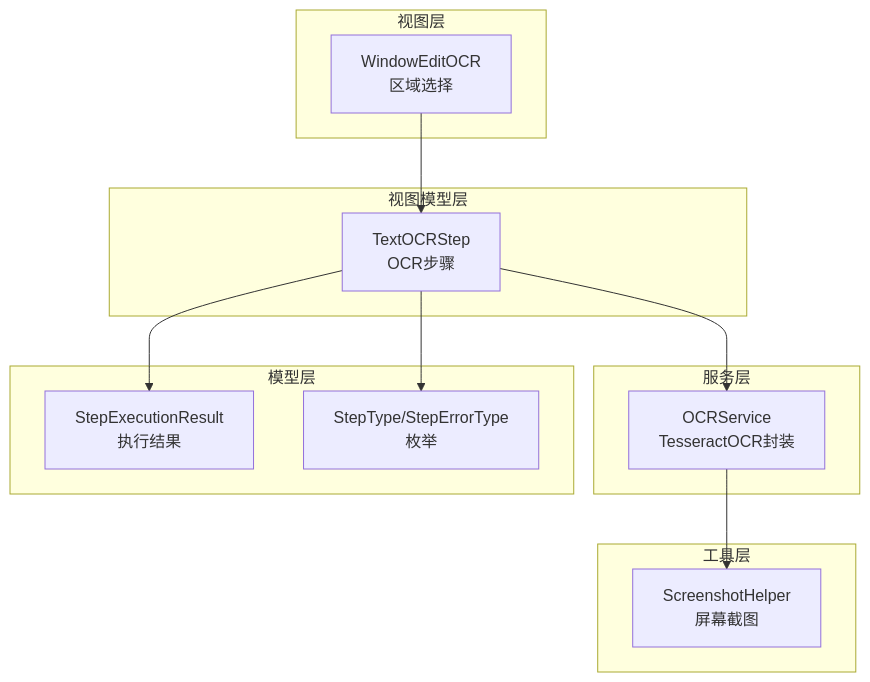
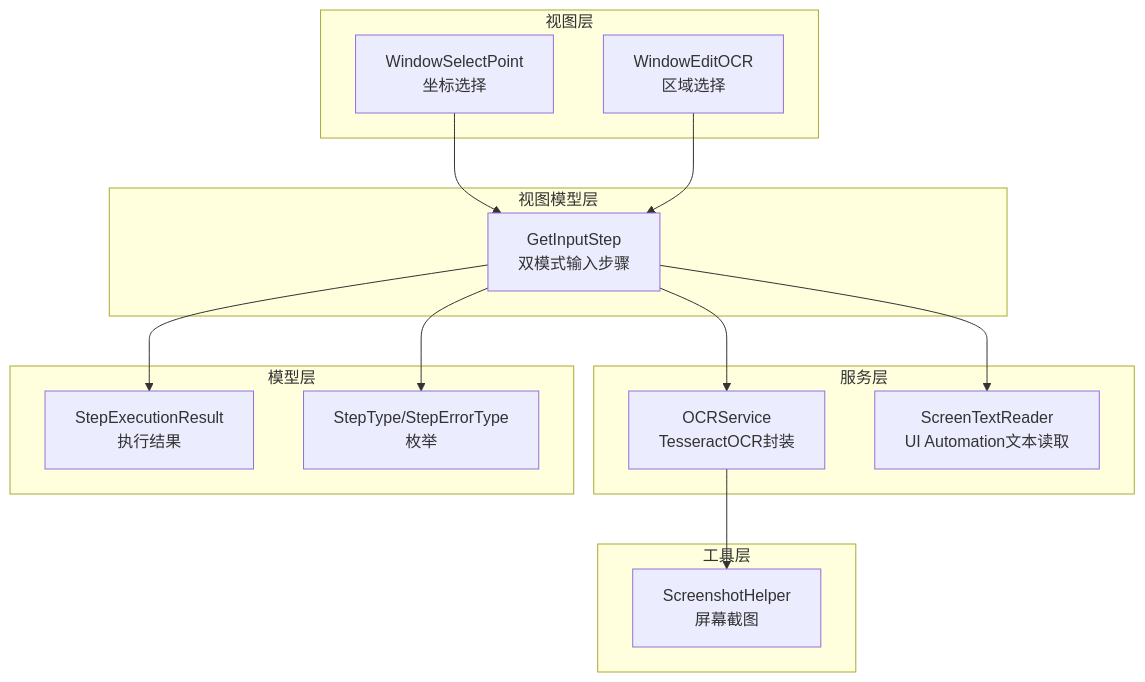
Before and after one commit to yooxii/ShaoLuAuto: the first of 5 diagrams in .qoder/repowiki/zh/content/自动化步骤系统/OCR文字识别步骤.md, drawn with Mermaid. The commit also changed other lines of this file and 9 other files, not shown here.

````diff
--- a/.qoder/repowiki/zh/content/自动化步骤系统/OCR文字识别步骤.md
+++ b/.qoder/repowiki/zh/content/自动化步骤系统/OCR文字识别步骤.md
@@ -39,24 +47,28 @@
 ```mermaid
 graph TB
 subgraph "视图层"
-V_OCR["WindowEditOCR<br/>区域选择"]
+V_SelectPoint["WindowSelectPoint<br/>坐标选择"]
+V_EditOCR["WindowEditOCR<br/>区域选择"]
 end
 subgraph "视图模型层"
-VM_TextOCR["TextOCRStep<br/>OCR步骤"]
+VM_GetInput["GetInputStep<br/>双模式输入步骤"]
 end
 subgraph "服务层"
 S_OCR["OCRService<br/>TesseractOCR封装"]
+U_ScreenText["ScreenTextReader<br/>UI Automation文本读取"]
 end
 subgraph "工具层"
-U_Screen["ScreenshotHelper<br/>屏幕截图"]
+U_Screenshot["ScreenshotHelper<br/>屏幕截图"]
 end
 subgraph "模型层"
 M_Result["StepExecutionResult<br/>执行结果"]
 M_Enum["StepType/StepErrorType<br/>枚举"]
 end
-V_OCR --> VM_TextOCR
-VM_TextOCR --> S_OCR
-S_OCR --> U_Screen
-VM_TextOCR --> M_Result
-VM_TextOCR --> M_Enum
+V_SelectPoint --> VM_GetInput
+V_EditOCR --> VM_GetInput
+VM_GetInput --> S_OCR
+VM_GetInput --> U_ScreenText
+S_OCR --> U_Screenshot
+VM_GetInput --> M_Result
+VM_GetInput --> M_Enum
 ```
````
